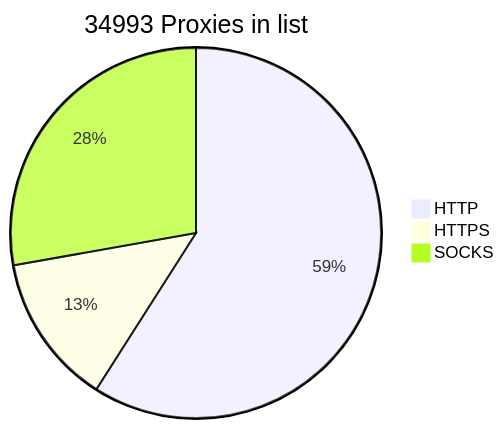
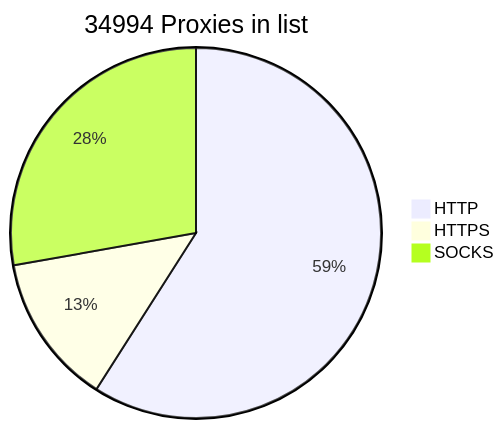
Before and after one commit to BlackSnowDot/proxylist-update-every-minute: the diagram in README.md, drawn with Mermaid.

````diff
--- a/README.md
+++ b/README.md
@@ -2,6 +2,6 @@
 ```mermaid
-pie title 34993 Proxies in list
+pie title 34994 Proxies in list
     "HTTP" : 22931
     "HTTPS": 5118
-    "SOCKS" : 10796
+    "SOCKS" : 10797
 ```
````
